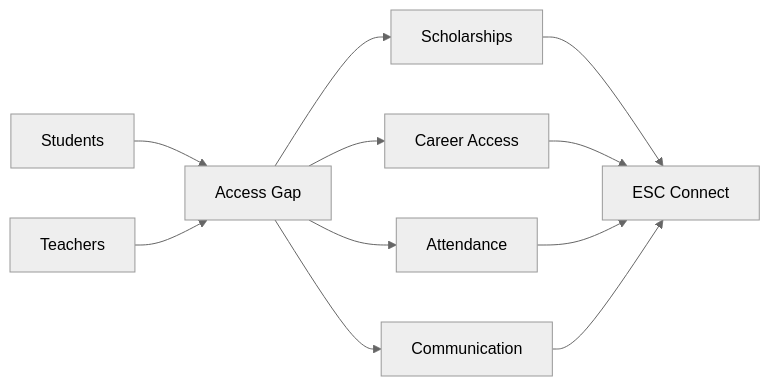
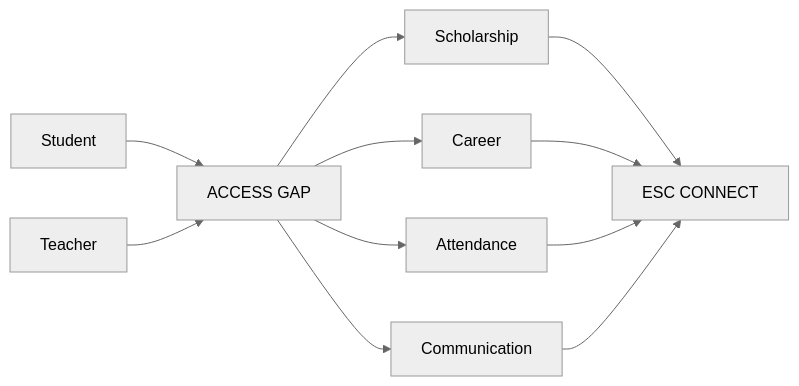
Before and after one commit to mahik2007/hackathon: the first of 12 diagrams in README.md, drawn with Mermaid (neutral theme). The commit also changed other lines of this file, not shown here.

````diff
--- a/README.md
+++ b/README.md
@@ -5,13 +5,13 @@
 ```mermaid
 flowchart LR
-    S[Students] --> G[Access Gap]
-    T[Teachers] --> G
-    G --> A[Scholarships]
-    G --> B[Career Access]
-    G --> C[Attendance]
-    G --> D[Communication]
-    A --> E[ESC Connect]
-    B --> E
-    C --> E
-    D --> E
+S[Student] --> G[ACCESS GAP]
+T[Teacher] --> G
+G --> A[Scholarship]
+G --> B[Career]
+G --> C[Attendance]
+G --> D[Communication]
+A --> E[ESC CONNECT]
+B --> E
+C --> E
+D --> E
 ```
````
